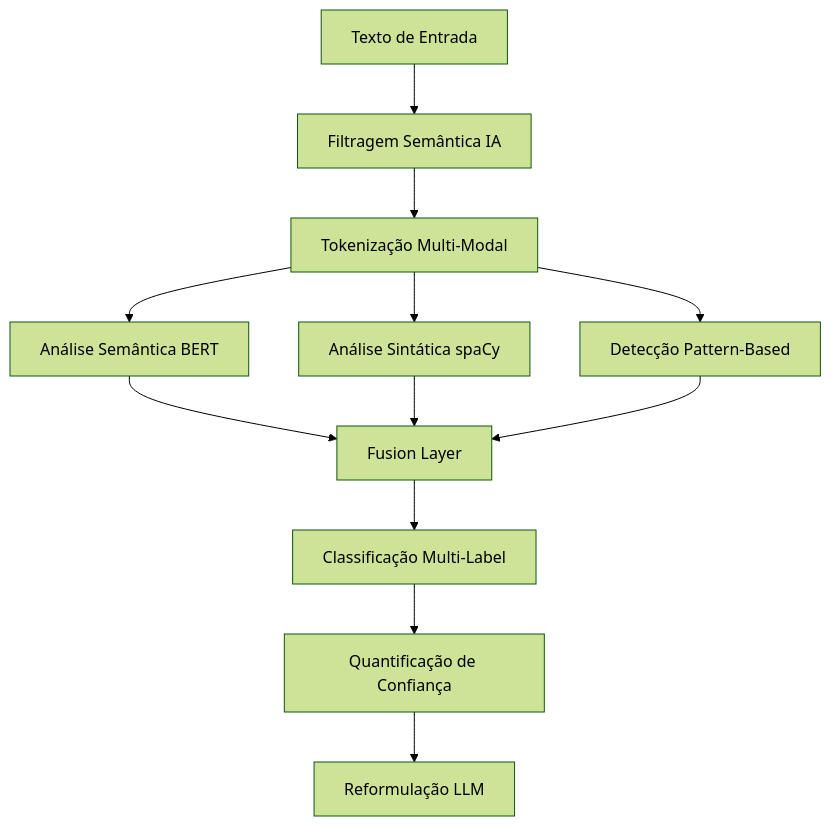
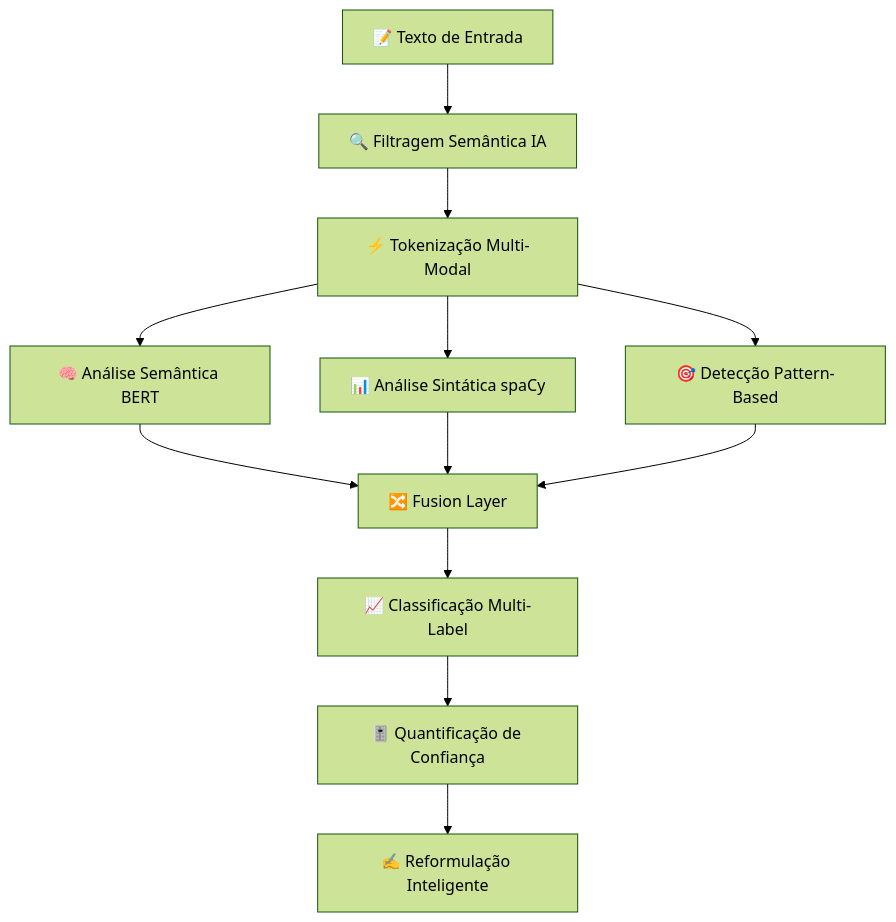
One commit to Carlosfeduardo/bias_detector changed the diagram in README.md. Above: the diagram before and after it, drawn with Mermaid (forest theme). The commit also changed other lines of this file and 11 other files, not shown here.

````diff
--- a/README.md
+++ b/README.md
@@ -23,14 +41,14 @@
 ```mermaid
 graph TD
-    A[Texto de Entrada] --> B[Filtragem Semântica IA]
-    B --> C[Tokenização Multi-Modal]
-    C --> D[Análise Semântica BERT]
-    C --> E[Análise Sintática spaCy]
-    C --> F[Detecção Pattern-Based]
-    D --> G[Fusion Layer]
+    A[📝 Texto de Entrada] --> B[🔍 Filtragem Semântica IA]
+    B --> C[⚡ Tokenização Multi-Modal]
+    C --> D[🧠 Análise Semântica BERT]
+    C --> E[📊 Análise Sintática spaCy]  
+    C --> F[🎯 Detecção Pattern-Based]
+    D --> G[🔀 Fusion Layer]
     E --> G
     F --> G
-    G --> H[Classificação Multi-Label]
-    H --> I[Quantificação de Confiança]
-    I --> J[Reformulação LLM]
+    G --> H[📈 Classificação Multi-Label]
+    H --> I[🎚️ Quantificação de Confiança]
+    I --> J[✍️ Reformulação Inteligente]
 ```
````
